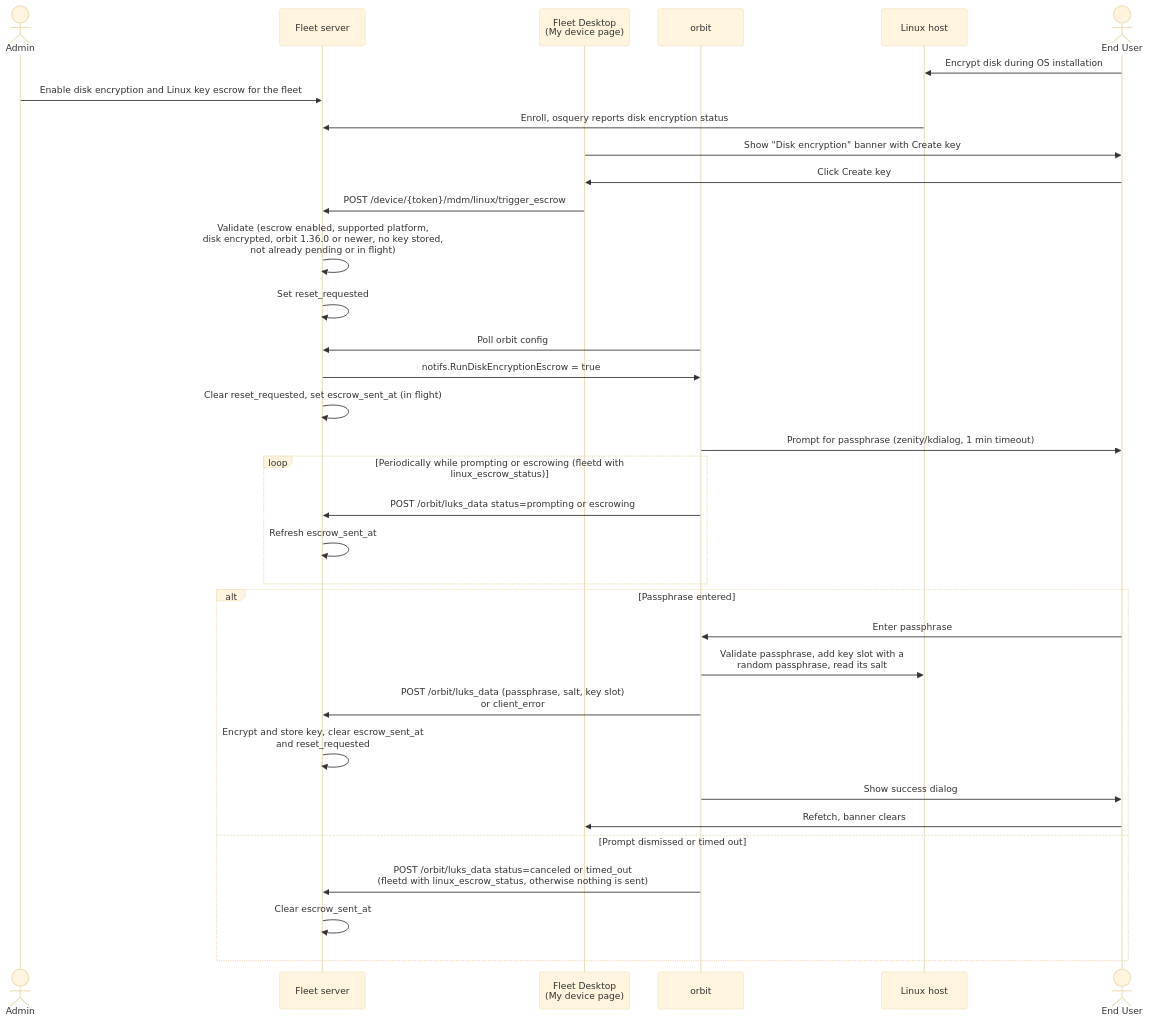
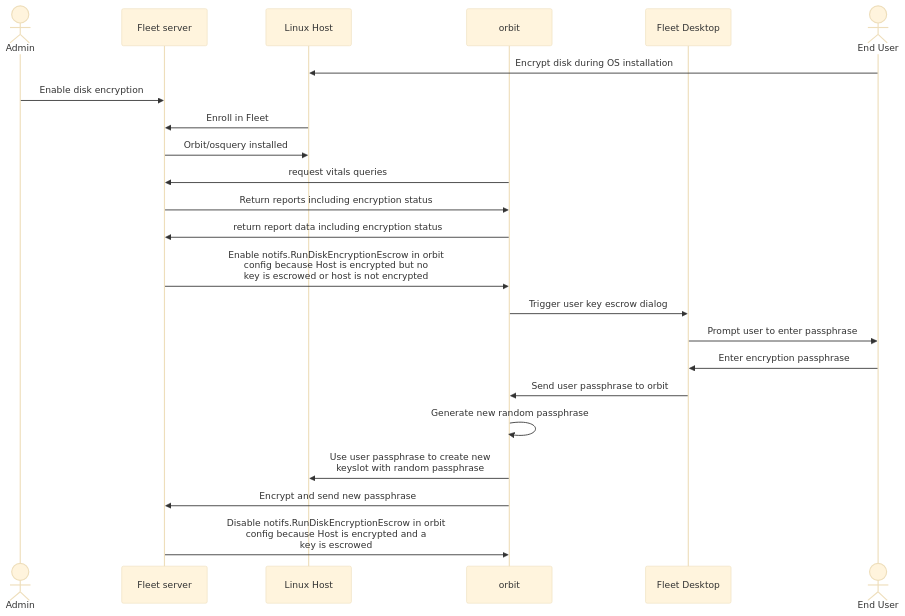
The fourth of 5 diagrams in docs/Contributing/architecture/mdm/disk-encryption.md (getvictor/fleet-mirror), drawn with Mermaid (base theme) before and after one commit. The commit also changed other lines of this file and 1 other file, not shown here.

Commit message:
Removed doc changes

````diff
--- a/docs/Contributing/architecture/mdm/disk-encryption.md
+++ b/docs/Contributing/architecture/mdm/disk-encryption.md
@@ -203,36 +202,25 @@
 ```mermaid
 sequenceDiagram
         actor Admin
         participant fleet as Fleet server
-        participant desktop as Fleet Desktop<br>(My device page)
+        participant host as Linux Host
         participant fleetd as orbit
-        participant host as Linux host
+        participant desktop as Fleet Desktop
         actor user as End User
         user->>host: Encrypt disk during OS installation
-        Admin->>fleet: Enable disk encryption and Linux key escrow for the fleet
-        host->>fleet: Enroll, osquery reports disk encryption status
-        desktop->>user: Show "Disk encryption" banner with Create key
-        user->>desktop: Click Create key
-        desktop->>fleet: POST /device/{token}/mdm/linux/trigger_escrow
-        fleet->>fleet: Validate (escrow enabled, supported platform,<br>disk encrypted, orbit 1.36.0 or newer, no key stored,<br>not already pending or in flight)
-        fleet->>fleet: Set reset_requested
-        fleetd->>fleet: Poll orbit config
-        fleet->>fleetd: notifs.RunDiskEncryptionEscrow = true
-        fleet->>fleet: Clear reset_requested, set escrow_sent_at (in flight)
-        fleetd->>user: Prompt for passphrase (zenity/kdialog, 1 min timeout)
-        loop Periodically while prompting or escrowing (fleetd with linux_escrow_status)
-            fleetd->>fleet: POST /orbit/luks_data status=prompting or escrowing
-            fleet->>fleet: Refresh escrow_sent_at
-        end
-        alt Passphrase entered
-            user->>fleetd: Enter passphrase
-            fleetd->>host: Validate passphrase, add key slot with a<br>random passphrase, read its salt
-            fleetd->>fleet: POST /orbit/luks_data (passphrase, salt, key slot)<br>or client_error
-            fleet->>fleet: Encrypt and store key, clear escrow_sent_at<br>and reset_requested
-            fleetd->>user: Show success dialog
-            user->>desktop: Refetch, banner clears
-        else Prompt dismissed or timed out
-            fleetd->>fleet: POST /orbit/luks_data status=canceled or timed_out<br>(fleetd with linux_escrow_status, otherwise nothing is sent)
-            fleet->>fleet: Clear escrow_sent_at
-        end
+        Admin->>fleet: Enable disk encryption
+        host->>fleet: Enroll in Fleet
+        fleet->>host: Orbit/osquery installed
+        fleetd->>fleet: request vitals queries
+        fleet->>fleetd: Return reports including encryption status
+        fleetd->>fleet: return report data including encryption status
+        fleet->>fleetd: Enable notifs.RunDiskEncryptionEscrow in orbit<br>config because Host is encrypted but no<br>key is escrowed or host is not encrypted
+        fleetd->>desktop: Trigger user key escrow dialog
+        desktop->>user: Prompt user to enter passphrase
+        user->>desktop: Enter encryption passphrase
+        desktop->>fleetd: Send user passphrase to orbit
+        fleetd->>fleetd: Generate new random passphrase
+        fleetd->>host: Use user passphrase to create new<br>keyslot with random passphrase
+        fleetd->>fleet: Encrypt and send new passphrase
+        fleet->>fleetd: Disable notifs.RunDiskEncryptionEscrow in orbit<br>config because Host is encrypted and a<br>key is escrowed
 ```
````
